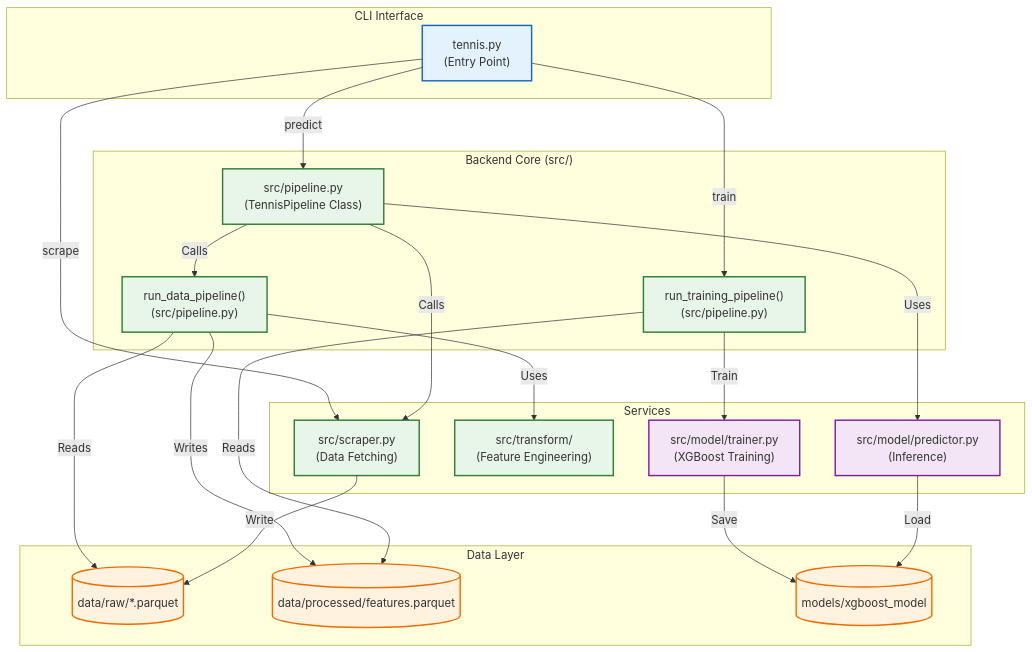
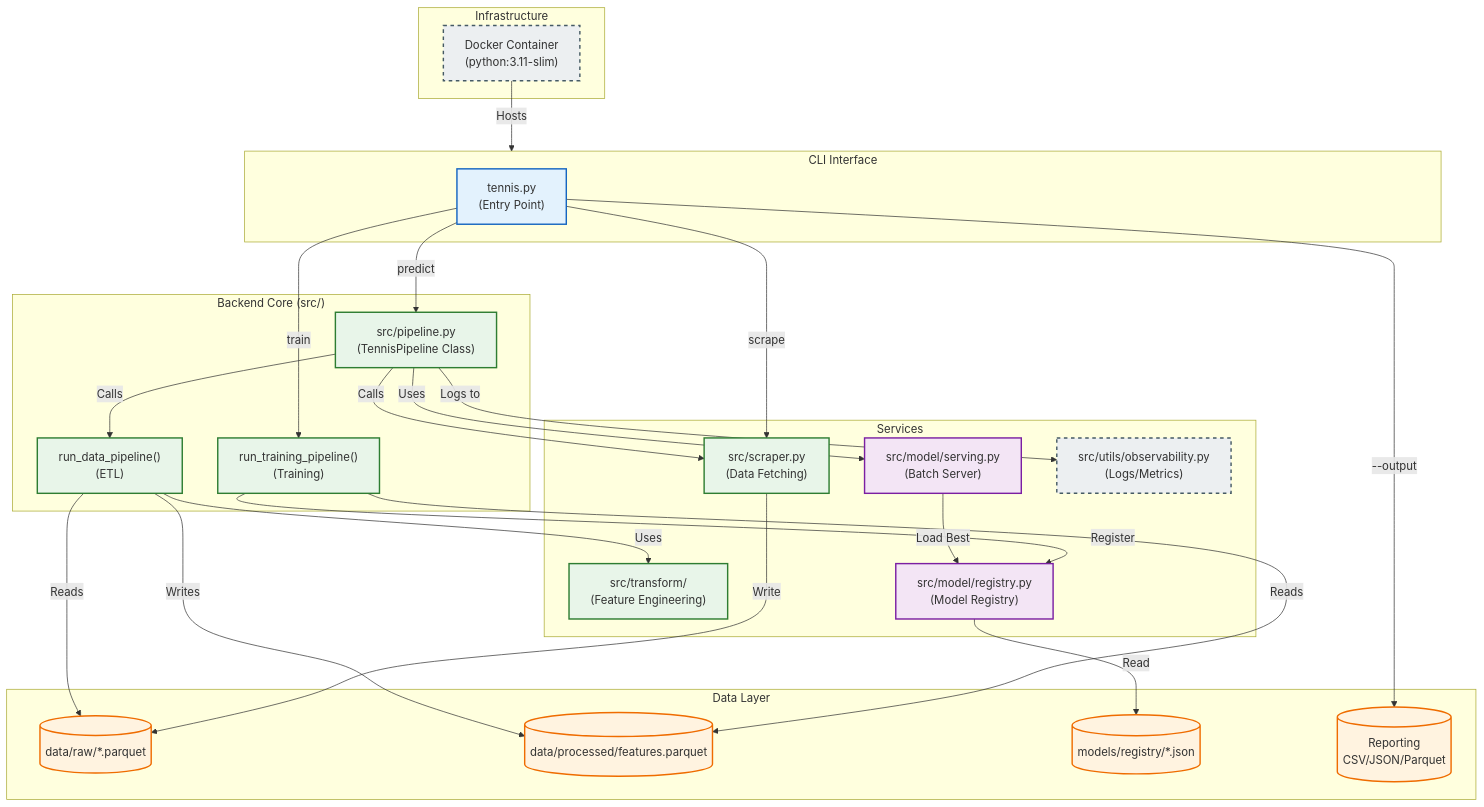
Before and after one commit to Carlscamt/Tennis_ML_Lite: the diagram in docs/architecture.md, drawn with Mermaid. The commit also changed other lines of this file and 1 other file, not shown here.

Commit message:
docs: Update architecture diagram and add analysis report

````diff
--- a/docs/architecture.md
+++ b/docs/architecture.md
@@ -5,58 +5,70 @@
 ```mermaid
 graph TD
     %% Styling
     classDef ui fill:#e3f2fd,stroke:#1565c0,stroke-width:2px;
     classDef logic fill:#e8f5e9,stroke:#2e7d32,stroke-width:2px;
     classDef data fill:#fff3e0,stroke:#ef6c00,stroke-width:2px;
     classDef model fill:#f3e5f5,stroke:#7b1fa2,stroke-width:2px;
+    classDef infra fill:#eceff1,stroke:#455a64,stroke-width:2px,stroke-dasharray: 5 5;
+
+    %% --- INFRASTRUCTURE ---
+    subgraph Infra ["Infrastructure"]
+        Docker["Docker Container<br/>(python:3.11-slim)"]:::infra
+    end
 
     %% --- INTERFACE ---
     subgraph CLI ["CLI Interface"]
         TennisCLI["tennis.py<br/>(Entry Point)"]:::ui
     end
 
     %% --- BACKEND ORCHESTRATION ---
     subgraph Backend ["Backend Core (src/)"]
         Pipeline["src/pipeline.py<br/>(TennisPipeline Class)"]:::logic
-        DataPipe["run_data_pipeline()<br/>(src/pipeline.py)"]:::logic
-        TrainPipe["run_training_pipeline()<br/>(src/pipeline.py)"]:::logic
+        DataPipe["run_data_pipeline()<br/>(ETL)"]:::logic
+        TrainPipe["run_training_pipeline()<br/>(Training)"]:::logic
     end
 
-    %% --- COMPONENTS ---
+    %% --- SERVICES ---
     subgraph Services ["Services"]
         Scraper["src/scraper.py<br/>(Data Fetching)"]:::logic
         FeatEng["src/transform/<br/>(Feature Engineering)"]:::logic
-        Trainer["src/model/trainer.py<br/>(XGBoost Training)"]:::model
-        Predictor["src/model/predictor.py<br/>(Inference)"]:::model
+        registry["src/model/registry.py<br/>(Model Registry)"]:::model
+        server["src/model/serving.py<br/>(Batch Server)"]:::model
+        obs["src/utils/observability.py<br/>(Logs/Metrics)"]:::infra
     end
 
     %% --- DATA ---
     subgraph Storage ["Data Layer"]
         RawData[("data/raw/*.parquet")]:::data
         ProcData[("data/processed/features.parquet")]:::data
-        ModelFile[("models/xgboost_model")]:::data
+        ModelFile[("models/registry/*.json")]:::data
+        Outputs[("Reporting<br/>CSV/JSON/Parquet")]:::data
     end
 
     %% --- FLOWS ---
+    Docker -- "Hosts" --> CLI
     
     TennisCLI --> |"predict"| Pipeline
     TennisCLI --> |"scrape"| Scraper
     TennisCLI --> |"train"| TrainPipe
-
+    
     %% Internal Flows
     Pipeline --> |"Calls"| Scraper
     Pipeline --> |"Calls"| DataPipe
-    Pipeline --> |"Uses"| Predictor
+    Pipeline --> |"Uses"| server
+    Pipeline --> |"Logs to"| obs
     
+    server --> |"Load Best"| registry
+    registry --> |"Read"| ModelFile
+
     DataPipe --> |"Reads"| RawData
     DataPipe --> |"Uses"| FeatEng
     DataPipe --> |"Writes"| ProcData
     
     TrainPipe --> |"Reads"| ProcData
-    TrainPipe --> |"Train"| Trainer
-    Trainer --> |"Save"| ModelFile
-    
-    Predictor --> |"Load"| ModelFile
+    TrainPipe --> |"Register"| registry
     
     Scraper --> |"Write"| RawData
+    
+    TennisCLI --> |"--output"| Outputs
 ```
````
